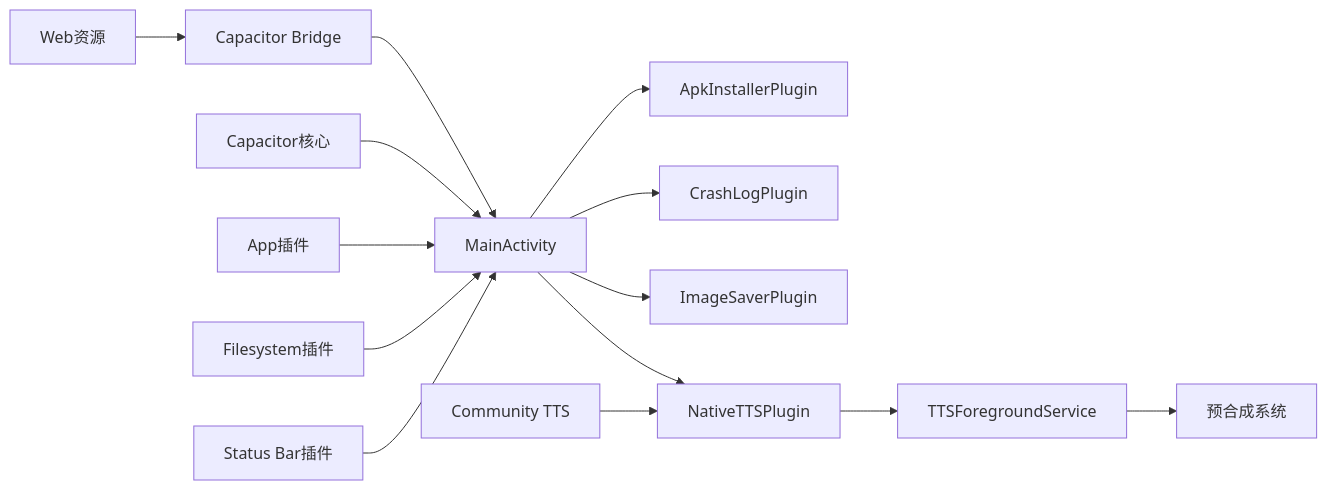
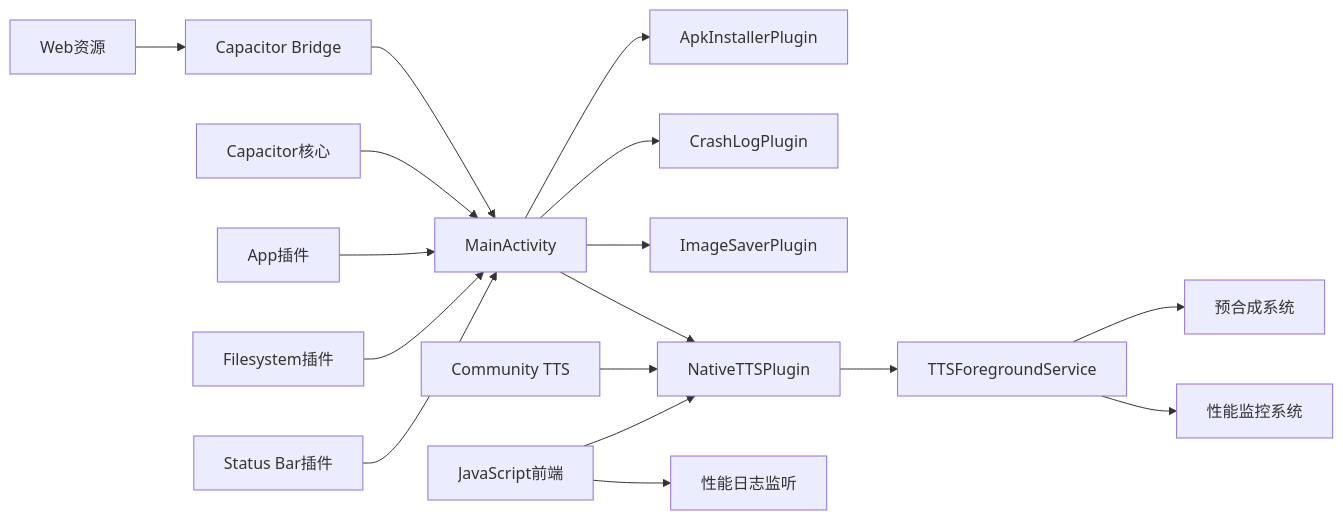
Before and after one commit to zhao-zg/cx: diagram 11 of 11 in .qoder/repowiki/zh/content/移动应用开发/移动应用开发.md, drawn with Mermaid. The commit also changed other lines of this file and 34 other files, not shown here.

````diff
--- a/.qoder/repowiki/zh/content/移动应用开发/移动应用开发.md
+++ b/.qoder/repowiki/zh/content/移动应用开发/移动应用开发.md
@@ -463,16 +523,19 @@
 ```mermaid
 graph LR
 WEB["Web资源"] --> BRIDGE["Capacitor Bridge"]
 BRIDGE --> MAINACT["MainActivity"]
 MAINACT --> APK["ApkInstallerPlugin"]
 MAINACT --> CRASH["CrashLogPlugin"]
 MAINACT --> IMG["ImageSaverPlugin"]
 MAINACT --> TTS["NativeTTSPlugin"]
 CAP["Capacitor核心"] --> MAINACT
 APP["App插件"] --> MAINACT
 FS["Filesystem插件"] --> MAINACT
 SB["Status Bar插件"] --> MAINACT
 CTTS["Community TTS"] --> TTS
 TTS --> SERVICE["TTSForegroundService"]
 SERVICE --> PRE_SYNTH["预合成系统"]
+SERVICE --> PERF_MONITOR["性能监控系统"]
+JAVASCRIPT["JavaScript前端"] --> TTS
+JAVASCRIPT --> PERF_LOG["性能日志监听"]
 ```
````
